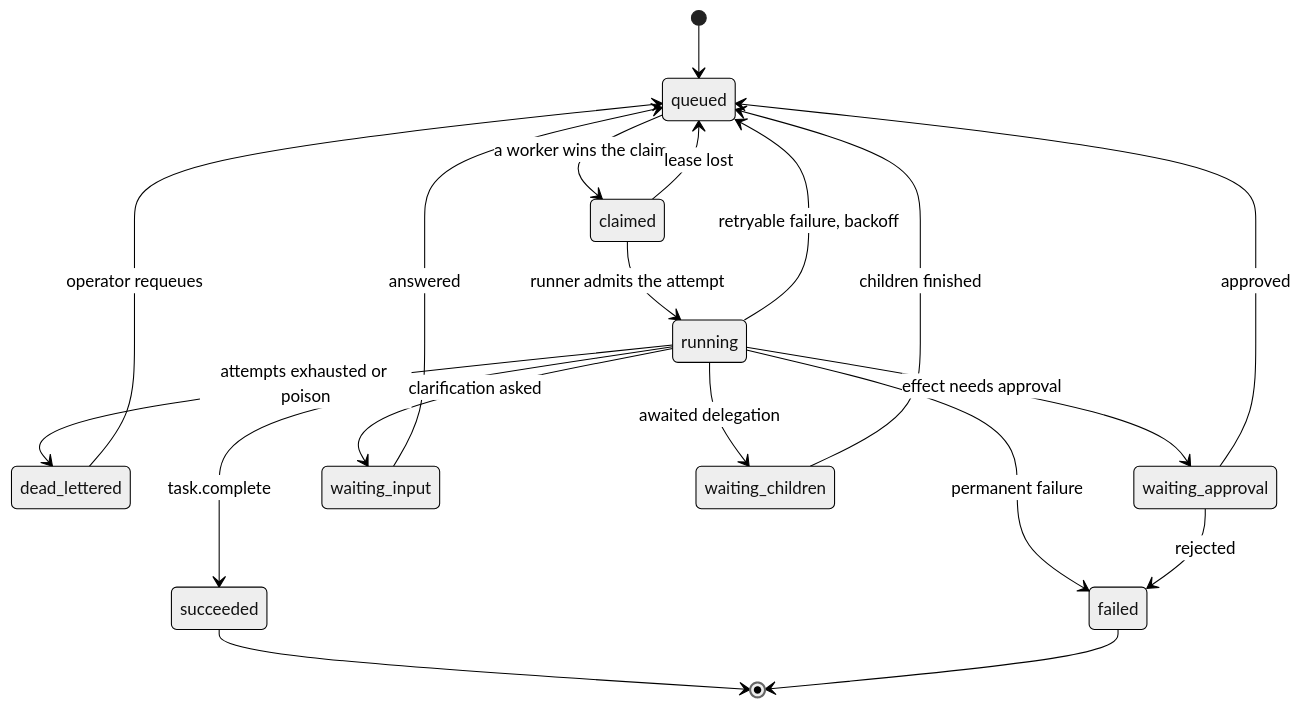
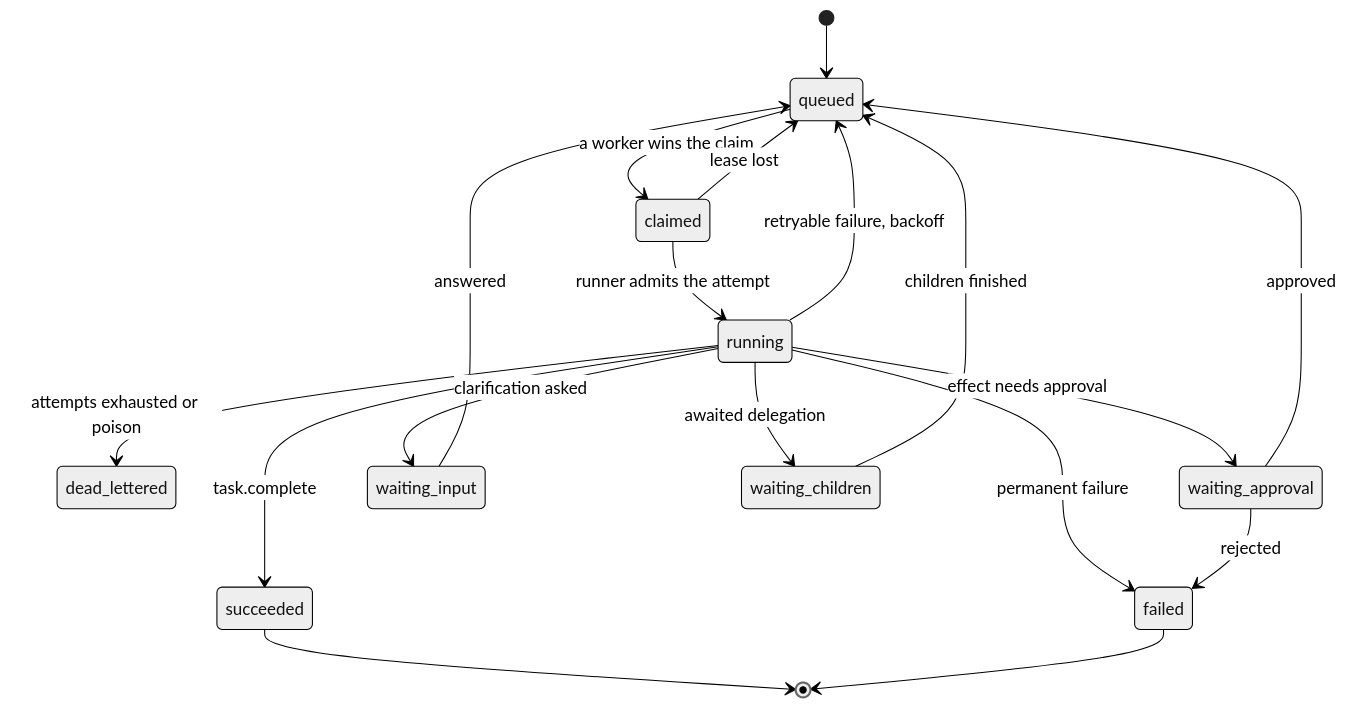
Before and after one commit to DeVmonte-code/openwork: the third of 3 diagrams in docs/features/orchestrator/architecture.md, drawn with Mermaid (neutral theme). The commit also changed other lines of this file and 23 other files, not shown here.

````diff
--- a/docs/features/orchestrator/architecture.md
+++ b/docs/features/orchestrator/architecture.md
@@ -178,21 +187,20 @@
 ```mermaid
 stateDiagram-v2
   [*] --> queued
   queued --> claimed: a worker wins the claim
   claimed --> running: runner admits the attempt
   claimed --> queued: lease lost
   running --> succeeded: task.complete
   running --> failed: permanent failure
   running --> queued: retryable failure, backoff
   running --> dead_lettered: attempts exhausted or poison
   running --> waiting_approval: effect needs approval
   running --> waiting_input: clarification asked
   running --> waiting_children: awaited delegation
   waiting_approval --> queued: approved
   waiting_approval --> failed: rejected
   waiting_input --> queued: answered
   waiting_children --> queued: children finished
-  dead_lettered --> queued: operator requeues
   succeeded --> [*]
   failed --> [*]
 ```
````
